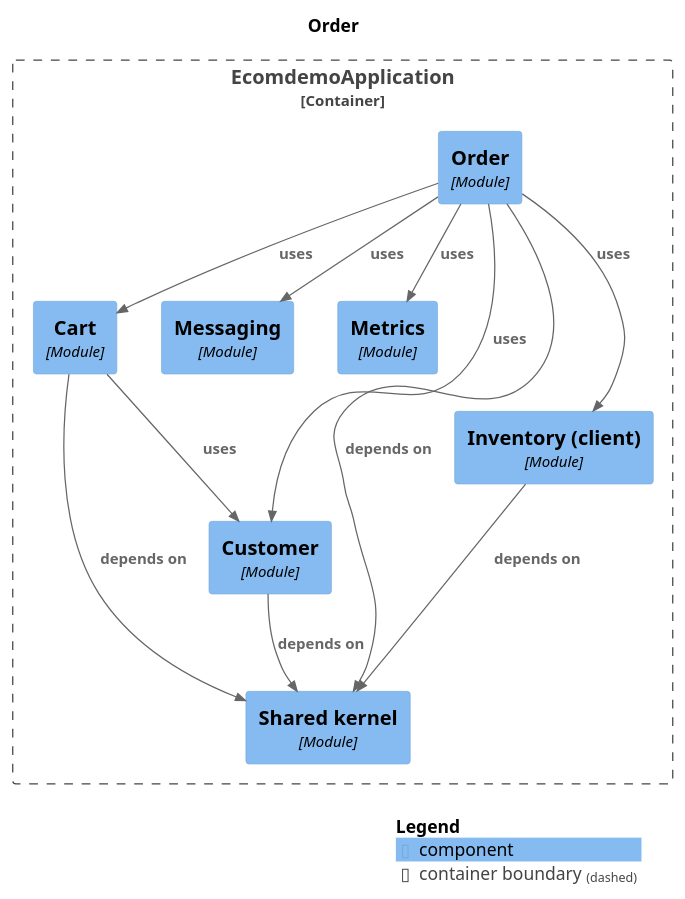
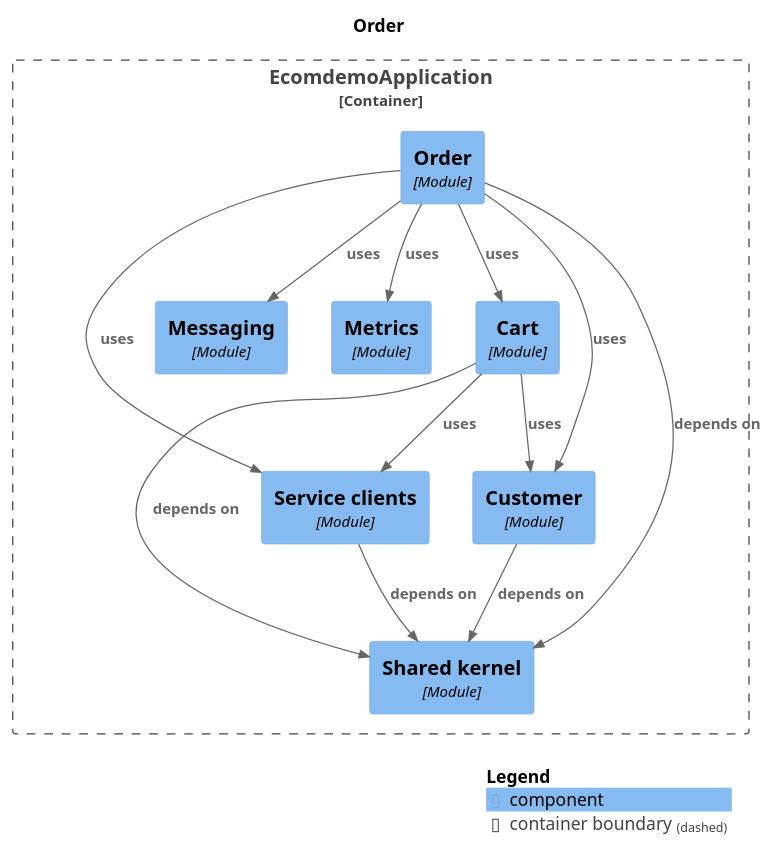
Before and after one commit to mr-sujay-patil/ecomdemo: the diagram in docs/modules/module-order.puml, drawn with PlantUML. The commit also changed 91 other files, not shown here.

```diff
--- a/docs/modules/module-order.puml
+++ b/docs/modules/module-order.puml
@@ -1,33 +1,34 @@
 @startuml
 set separator none
 title Order
 
 top to bottom direction
 
 !include <C4/C4>
 !include <C4/C4_Context>
 !include <C4/C4_Component>
 
 Container_Boundary("EcomdemoApplication.EcomdemoApplication_boundary", "EcomdemoApplication", $tags="") {
   Component(EcomdemoApplication.EcomdemoApplication.Cart, "Cart", $techn="Module", $descr="", $tags="", $link="")
   Component(EcomdemoApplication.EcomdemoApplication.Order, "Order", $techn="Module", $descr="", $tags="", $link="")
   Component(EcomdemoApplication.EcomdemoApplication.Messaging, "Messaging", $techn="Module", $descr="", $tags="", $link="")
   Component(EcomdemoApplication.EcomdemoApplication.Metrics, "Metrics", $techn="Module", $descr="", $tags="", $link="")
   Component(EcomdemoApplication.EcomdemoApplication.Sharedkernel, "Shared kernel", $techn="Module", $descr="", $tags="", $link="")
+  Component(EcomdemoApplication.EcomdemoApplication.Serviceclients, "Service clients", $techn="Module", $descr="", $tags="", $link="")
   Component(EcomdemoApplication.EcomdemoApplication.Customer, "Customer", $techn="Module", $descr="", $tags="", $link="")
-  Component(EcomdemoApplication.EcomdemoApplication.Inventoryclient, "Inventory (client)", $techn="Module", $descr="", $tags="", $link="")
 }
 
 Rel(EcomdemoApplication.EcomdemoApplication.Cart, EcomdemoApplication.EcomdemoApplication.Customer, "uses", $techn="", $tags="", $link="")
+Rel(EcomdemoApplication.EcomdemoApplication.Cart, EcomdemoApplication.EcomdemoApplication.Serviceclients, "uses", $techn="", $tags="", $link="")
 Rel(EcomdemoApplication.EcomdemoApplication.Cart, EcomdemoApplication.EcomdemoApplication.Sharedkernel, "depends on", $techn="", $tags="", $link="")
 Rel(EcomdemoApplication.EcomdemoApplication.Customer, EcomdemoApplication.EcomdemoApplication.Sharedkernel, "depends on", $techn="", $tags="", $link="")
-Rel(EcomdemoApplication.EcomdemoApplication.Inventoryclient, EcomdemoApplication.EcomdemoApplication.Sharedkernel, "depends on", $techn="", $tags="", $link="")
 Rel(EcomdemoApplication.EcomdemoApplication.Order, EcomdemoApplication.EcomdemoApplication.Cart, "uses", $techn="", $tags="", $link="")
 Rel(EcomdemoApplication.EcomdemoApplication.Order, EcomdemoApplication.EcomdemoApplication.Customer, "uses", $techn="", $tags="", $link="")
-Rel(EcomdemoApplication.EcomdemoApplication.Order, EcomdemoApplication.EcomdemoApplication.Inventoryclient, "uses", $techn="", $tags="", $link="")
 Rel(EcomdemoApplication.EcomdemoApplication.Order, EcomdemoApplication.EcomdemoApplication.Messaging, "uses", $techn="", $tags="", $link="")
 Rel(EcomdemoApplication.EcomdemoApplication.Order, EcomdemoApplication.EcomdemoApplication.Metrics, "uses", $techn="", $tags="", $link="")
+Rel(EcomdemoApplication.EcomdemoApplication.Order, EcomdemoApplication.EcomdemoApplication.Serviceclients, "uses", $techn="", $tags="", $link="")
 Rel(EcomdemoApplication.EcomdemoApplication.Order, EcomdemoApplication.EcomdemoApplication.Sharedkernel, "depends on", $techn="", $tags="", $link="")
+Rel(EcomdemoApplication.EcomdemoApplication.Serviceclients, EcomdemoApplication.EcomdemoApplication.Sharedkernel, "depends on", $techn="", $tags="", $link="")
 
 SHOW_LEGEND(true)
 @enduml
```
